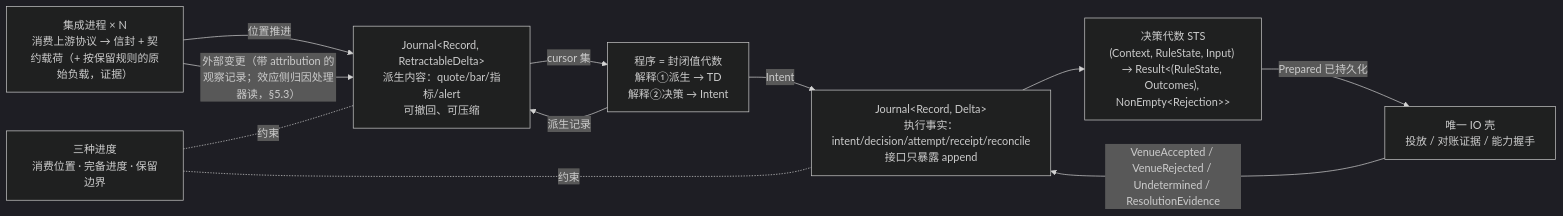
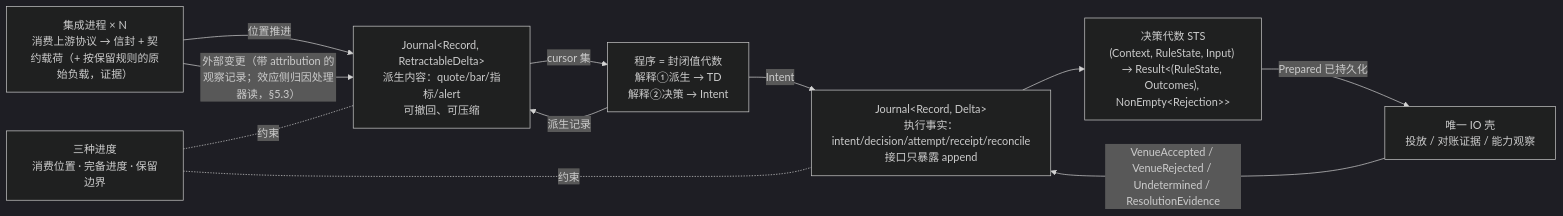
The second of 2 diagrams in design/core/00-reading-guide.md (mouriya-s-lab/uta), drawn with Mermaid (dark theme) before and after one commit. The commit also changed 9 other files, not shown here.

Commit message:
design: round-4 contradiction fixes — downstream never asserts unestablished outcomes, one-shot read element owns in-flight reads and merging, current declaration served by integration session, uses graph and README alignment, reference fixes

````diff
--- a/design/core/00-reading-guide.md
+++ b/design/core/00-reading-guide.md
@@ -77,20 +77,20 @@
 ```mermaid
 flowchart LR
   INT["集成进程 × N<br/>消费上游协议 → 信封 + 契约载荷（+ 按保留规则的原始负载，证据）"]
   TD["Journal&lt;Record, RetractableDelta&gt;<br/>派生内容：quote/bar/指标/alert<br/>可撤回、可压缩"]
   TE["Journal&lt;Record, Delta&gt;<br/>执行事实：intent/decision/attempt/receipt/reconcile<br/>接口只暴露 append"]
   STS["决策代数 STS<br/>(Context, RuleState, Input) → Result&lt;(RuleState, Outcomes), NonEmpty&lt;Rejection&gt;&gt;"]
   PROG["程序 = 封闭值代数<br/>解释①派生 → TD<br/>解释②决策 → Intent"]
-  IO["唯一 IO 壳<br/>投放 / 对账证据 / 能力握手"]
+  IO["唯一 IO 壳<br/>投放 / 对账证据 / 能力观察"]
   FR["三种进度<br/>消费位置 · 完备进度 · 保留边界"]
   INT -->|位置推进| TD
   TD -->|cursor 集| PROG
   PROG -->|派生记录| TD
   PROG -->|Intent| TE
   TE --> STS
   STS -->|Prepared 已持久化| IO
   IO -->|VenueAccepted / VenueRejected / Undetermined / ResolutionEvidence| TE
   INT -->|外部变更（带 attribution 的观察记录；效应侧归因处理器读，§5.3）| TD
   FR -.约束.- TD
   FR -.约束.- TE
 ```
````
